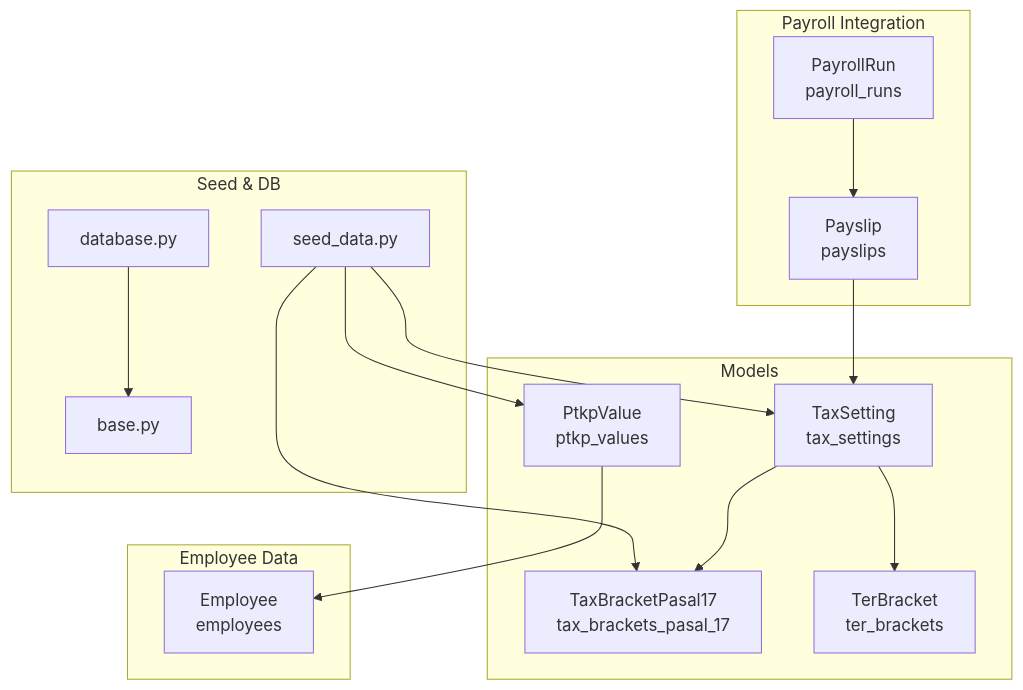
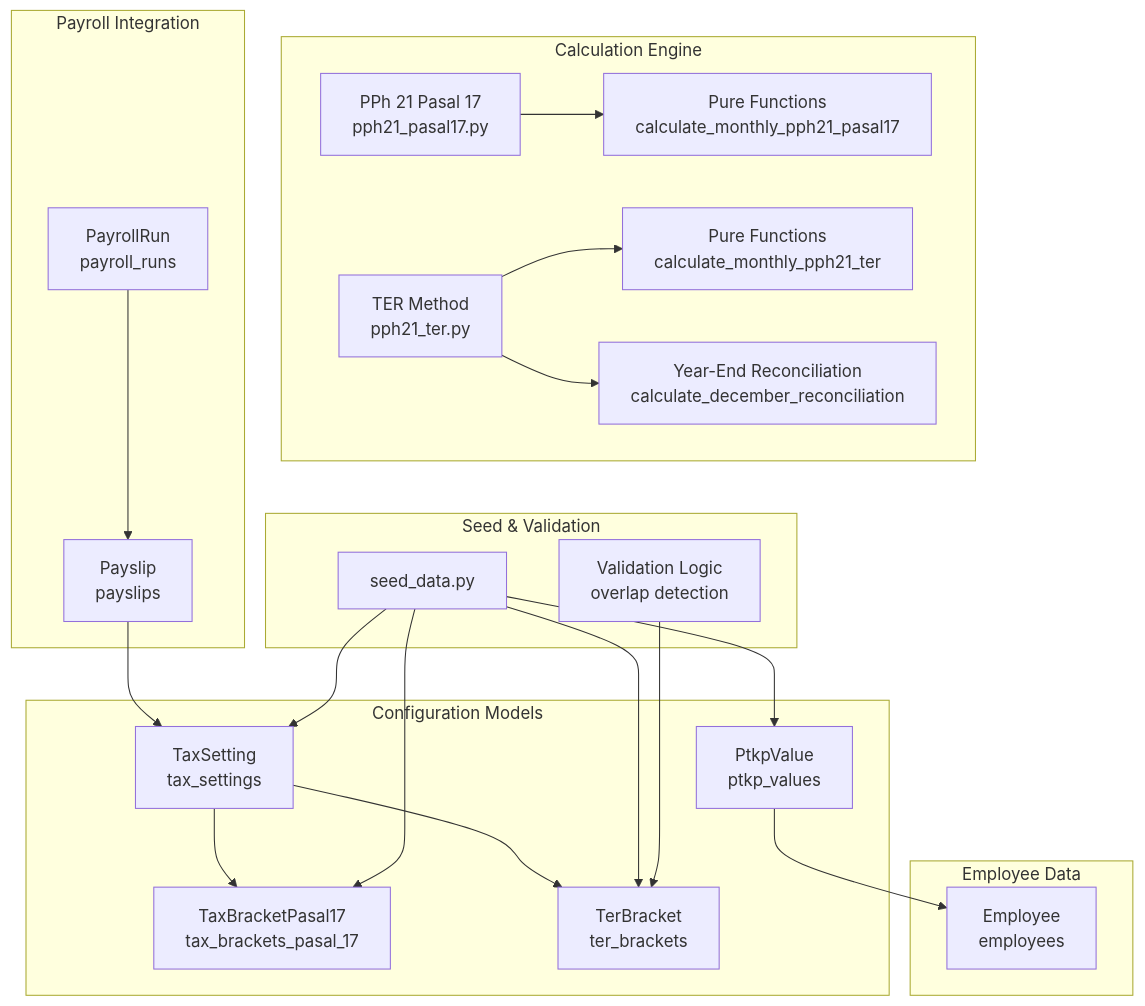
The first of 7 diagrams in .qoder/repowiki/en/content/Tax Compliance.md (bikinaplikasipakeqoder-dot/payroll-hris), drawn with Mermaid before and after one commit. The commit also changed other lines of this file and 22 other files, not shown here.

````diff
--- a/.qoder/repowiki/en/content/Tax Compliance.md
+++ b/.qoder/repowiki/en/content/Tax Compliance.md
@@ -42,30 +57,40 @@
 ```mermaid
 graph TB
-subgraph "Models"
+subgraph "Calculation Engine"
+P17["PPh 21 Pasal 17<br/>pph21_pasal17.py"]
+TER["TER Method<br/>pph21_ter.py"]
+P17F["Pure Functions<br/>calculate_monthly_pph21_pasal17"]
+TERF["Pure Functions<br/>calculate_monthly_pph21_ter"]
+DEC["Year-End Reconciliation<br/>calculate_december_reconciliation"]
+end
+subgraph "Configuration Models"
 TS["TaxSetting<br/>tax_settings"]
 PT["PtkpValue<br/>ptkp_values"]
 BR["TaxBracketPasal17<br/>tax_brackets_pasal_17"]
 TB["TerBracket<br/>ter_brackets"]
 end
 subgraph "Payroll Integration"
 PR["PayrollRun<br/>payroll_runs"]
 PS["Payslip<br/>payslips"]
 end
 subgraph "Employee Data"
 E["Employee<br/>employees"]
 end
-subgraph "Seed & DB"
+subgraph "Seed & Validation"
 SD["seed_data.py"]
-DB["database.py"]
-BM["base.py"]
+VAL["Validation Logic<br/>overlap detection"]
 end
+P17 --> P17F
+TER --> TERF
+TER --> DEC
 TS --> BR
 TS --> TB
 PT --> E
 PR --> PS
 PS --> TS
 SD --> TS
 SD --> PT
 SD --> BR
-DB --> BM
+SD --> TB
+VAL --> TB
 ```
````
